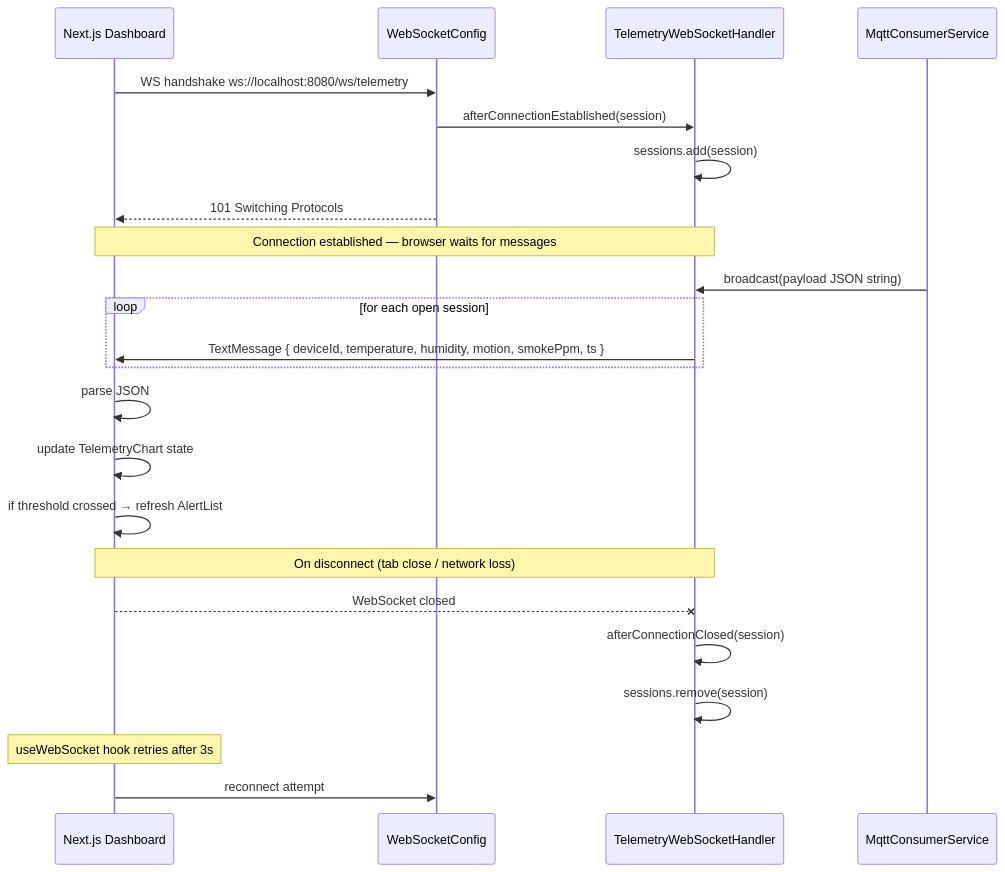
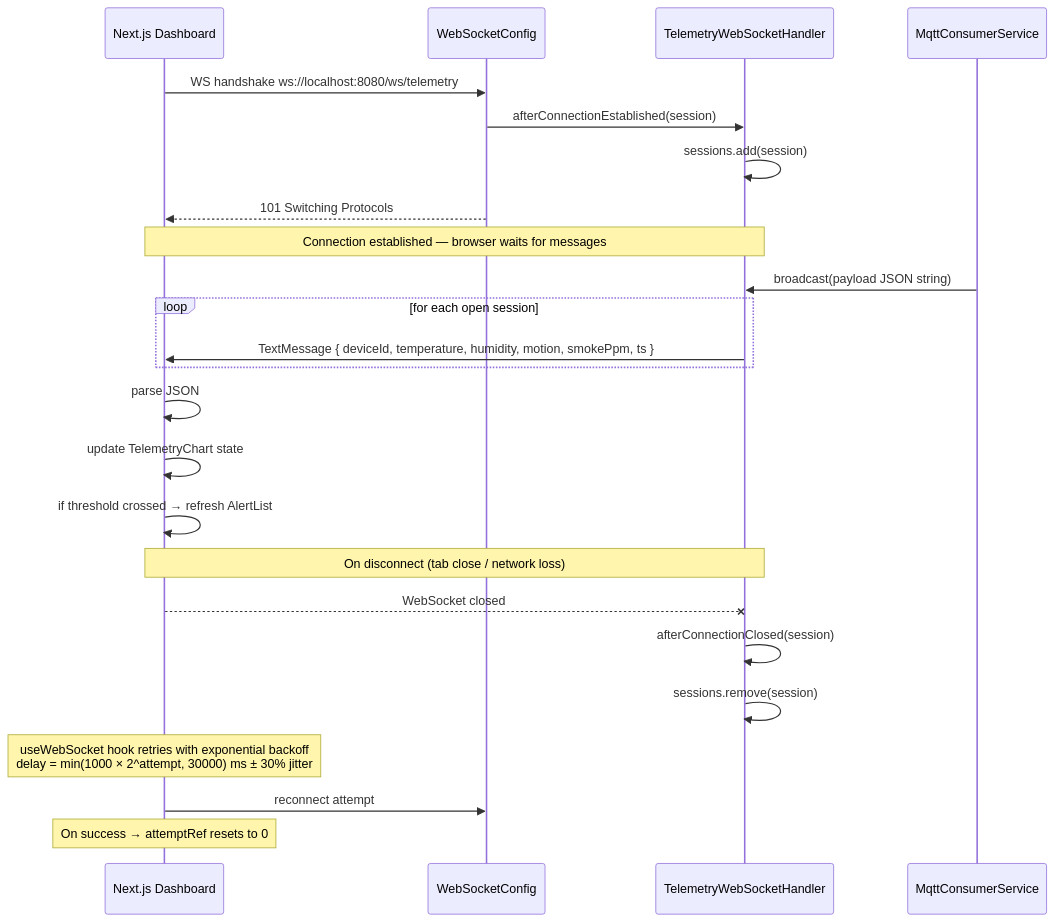
The seventh of 10 diagrams in docs/sequence-diagrams.md (thitipongroo/sentinel-iot-platform), drawn with Mermaid before and after one commit. The commit also changed other lines of this file and 3 other files, not shown here.

````diff
--- a/docs/sequence-diagrams.md
+++ b/docs/sequence-diagrams.md
@@ -254,31 +269,32 @@
 ```mermaid
 sequenceDiagram
     participant Browser as Next.js Dashboard
     participant WS_CFG as WebSocketConfig
     participant HANDLER as TelemetryWebSocketHandler
     participant MQTT as MqttConsumerService
 
     Browser->>WS_CFG: WS handshake ws://localhost:8080/ws/telemetry
     WS_CFG->>HANDLER: afterConnectionEstablished(session)
     HANDLER->>HANDLER: sessions.add(session)
     WS_CFG-->>Browser: 101 Switching Protocols
 
     Note over Browser,HANDLER: Connection established — browser waits for messages
 
     MQTT->>HANDLER: broadcast(payload JSON string)
     loop for each open session
         HANDLER->>Browser: TextMessage { deviceId, temperature, humidity, motion, smokePpm, ts }
     end
 
     Browser->>Browser: parse JSON
     Browser->>Browser: update TelemetryChart state
     Browser->>Browser: if threshold crossed → refresh AlertList
 
     Note over Browser,HANDLER: On disconnect (tab close / network loss)
     Browser--xHANDLER: WebSocket closed
     HANDLER->>HANDLER: afterConnectionClosed(session)
     HANDLER->>HANDLER: sessions.remove(session)
 
-    Note over Browser: useWebSocket hook retries after 3s
+    Note over Browser: useWebSocket hook retries with exponential backoff<br/>delay = min(1000 × 2^attempt, 30000) ms ± 30% jitter
     Browser->>WS_CFG: reconnect attempt
+    Note over Browser: On success → attemptRef resets to 0
 ```
````
